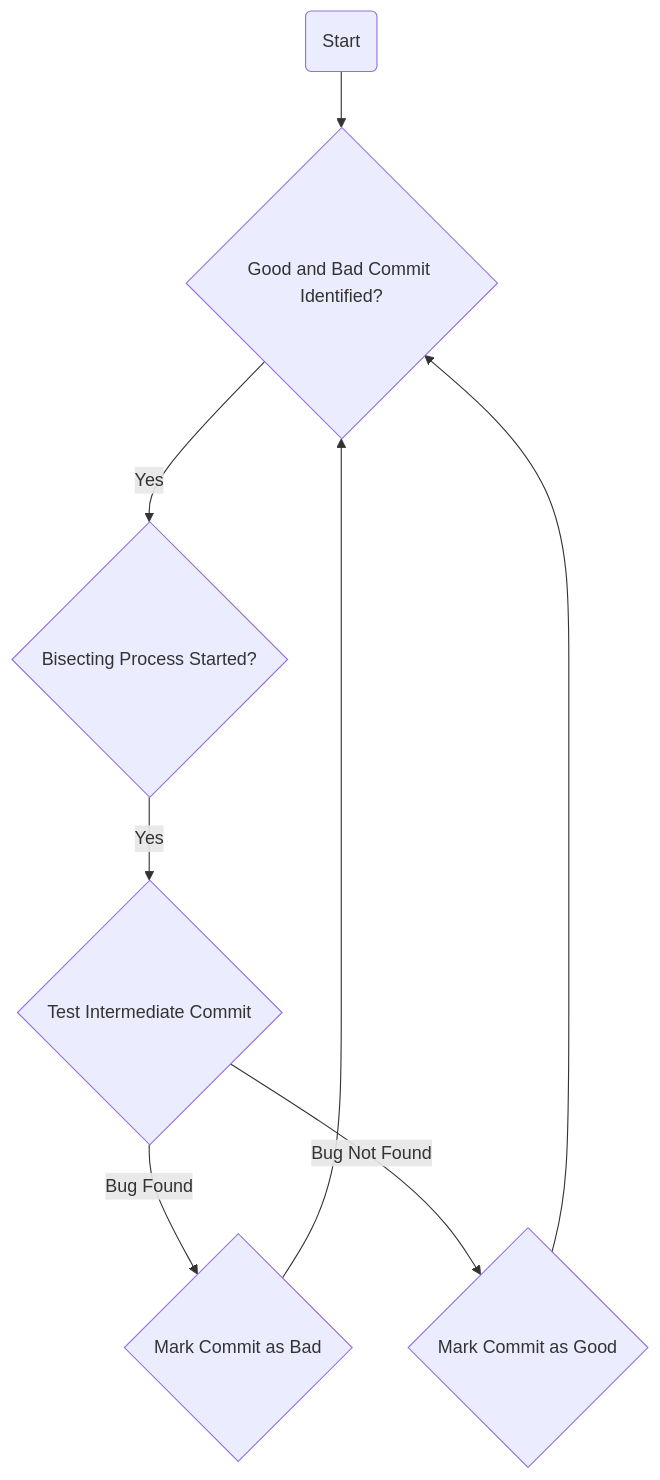
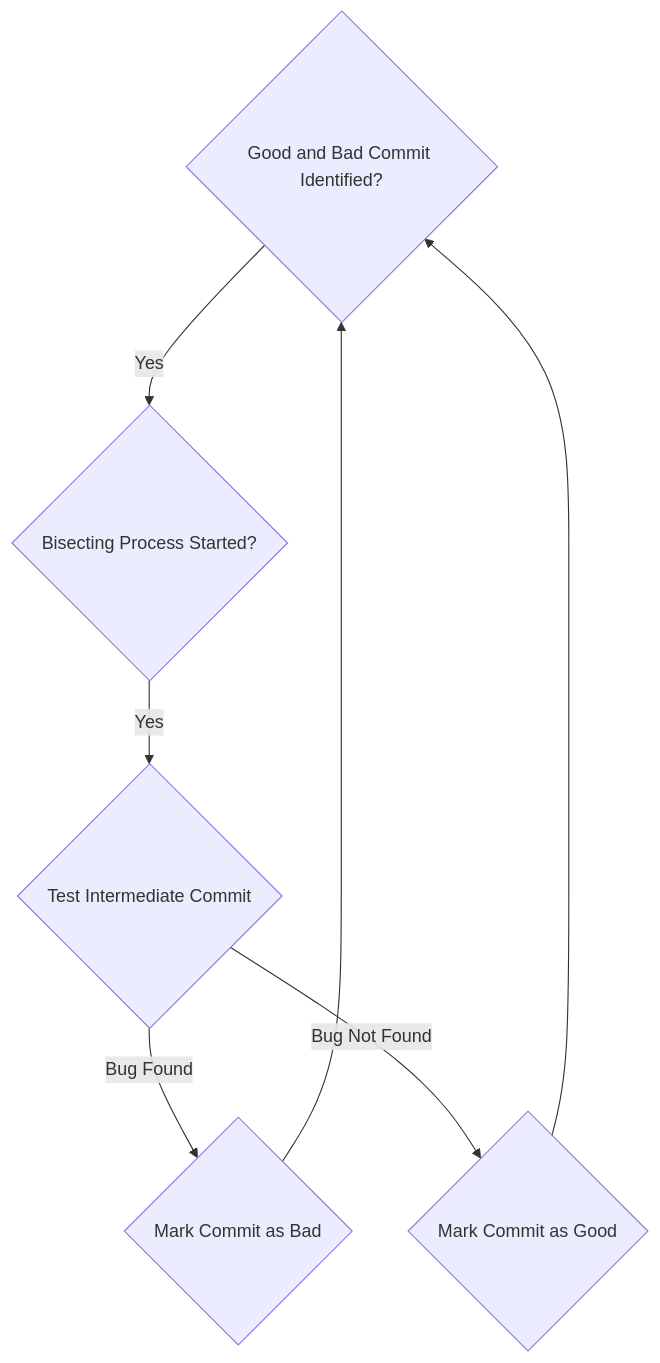
Before and after one commit to emmahone/Git-Good-Quick: the tenth of 11 diagrams in README.md, drawn with Mermaid. The commit also changed other lines of this file, not shown here.

````diff
--- a/README.md
+++ b/README.md
@@ -249,10 +249,9 @@
 ```mermaid
 graph TD;
-    A(Start)-->B{Good and Bad Commit Identified?};
-    B-- Yes -->C{Bisecting Process Started?};
+    B{Good and Bad Commit Identified?}-- Yes -->C{Bisecting Process Started?};
     C-- Yes -->D{Test Intermediate Commit};
     D-- Bug Found -->E{Mark Commit as Bad};
     E-->B;
     D-- Bug Not Found -->F{Mark Commit as Good};
     F-->B;
 ```
````
